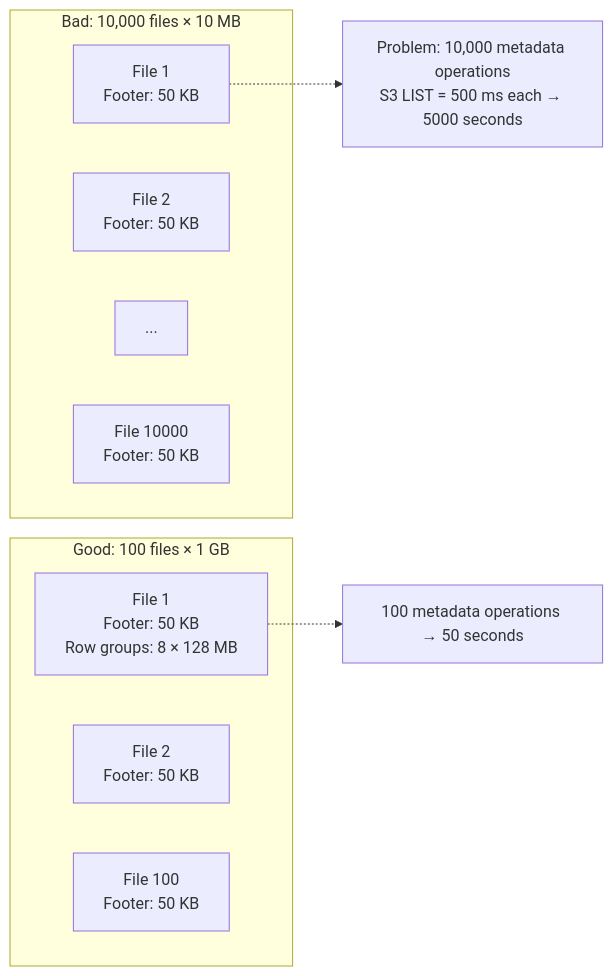
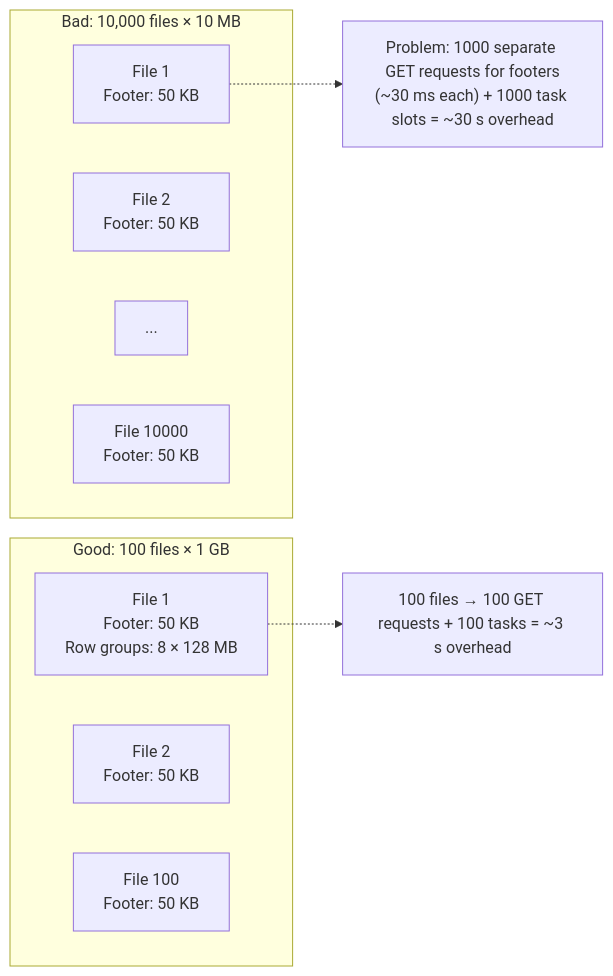
Before and after one commit to cookiee01/data-engineering-learning-resources: the third of 12 diagrams in foundations/file-formats.md, drawn with Mermaid. The commit also changed other lines of this file, not shown here.

````diff
--- a/foundations/file-formats.md
+++ b/foundations/file-formats.md
@@ -168,18 +162,18 @@
 ```mermaid
 flowchart LR
     subgraph "Bad: 10,000 files × 10 MB"
         A1["File 1<br/>Footer: 50 KB"]
         A2["File 2<br/>Footer: 50 KB"]
         A3["..."]
         A10000["File 10000<br/>Footer: 50 KB"]
     end
 
     subgraph "Good: 100 files × 1 GB"
         B1["File 1<br/>Footer: 50 KB<br/>Row groups: 8 × 128 MB"]
         B2["File 2<br/>Footer: 50 KB"]
         B100["File 100<br/>Footer: 50 KB"]
     end
 
-    A1 -.-> COST1["Problem: 10,000 metadata operations<br/>S3 LIST = 500 ms each → 5000 seconds"]
-    B1 -.-> COST2["100 metadata operations → 50 seconds"]
+    A1 -.-> COST1["Problem: 1000 separate GET requests for footers<br/>(~30 ms each) + 1000 task slots = ~30 s overhead"]
+    B1 -.-> COST2["100 files → 100 GET requests + 100 tasks = ~3 s overhead"]
 ```
````
